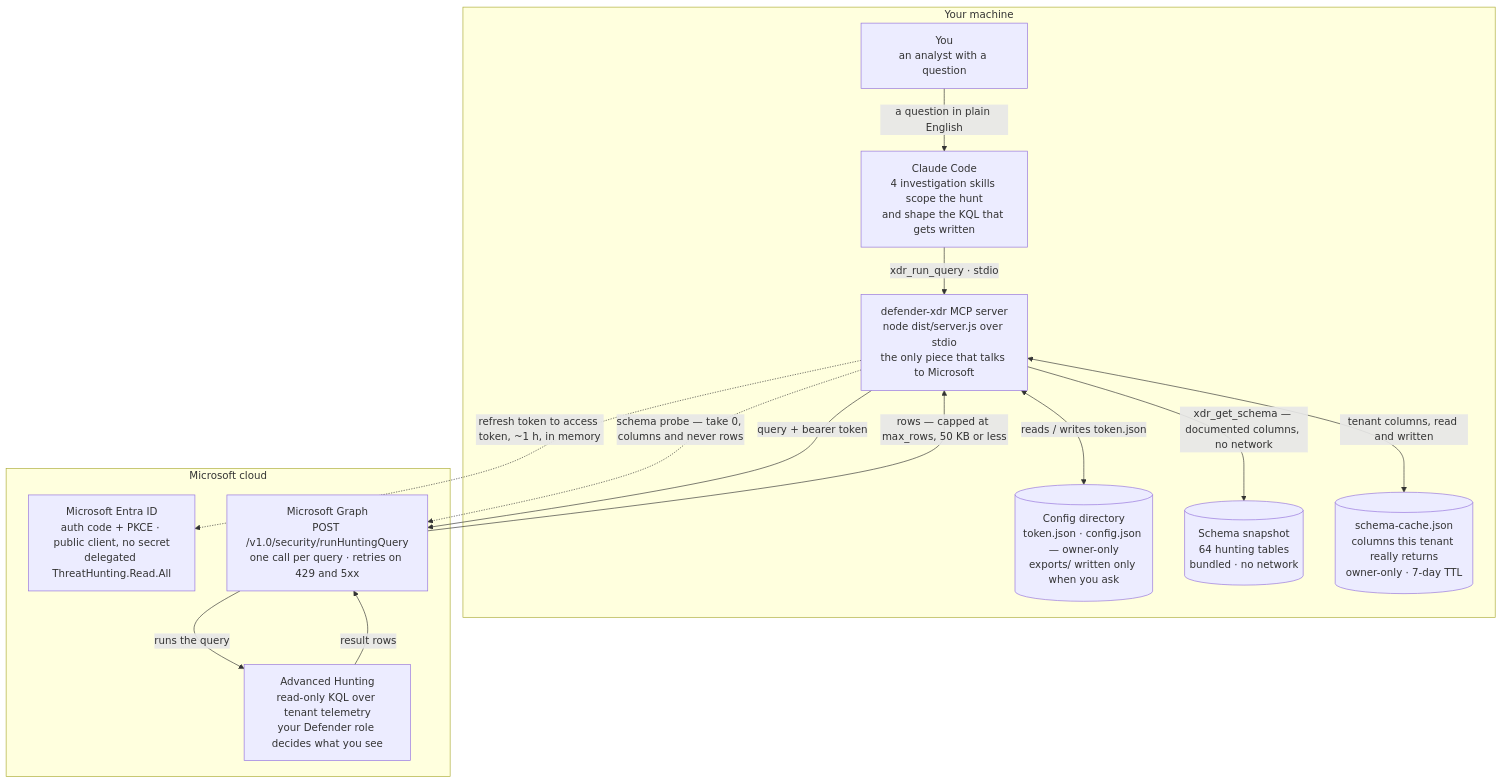
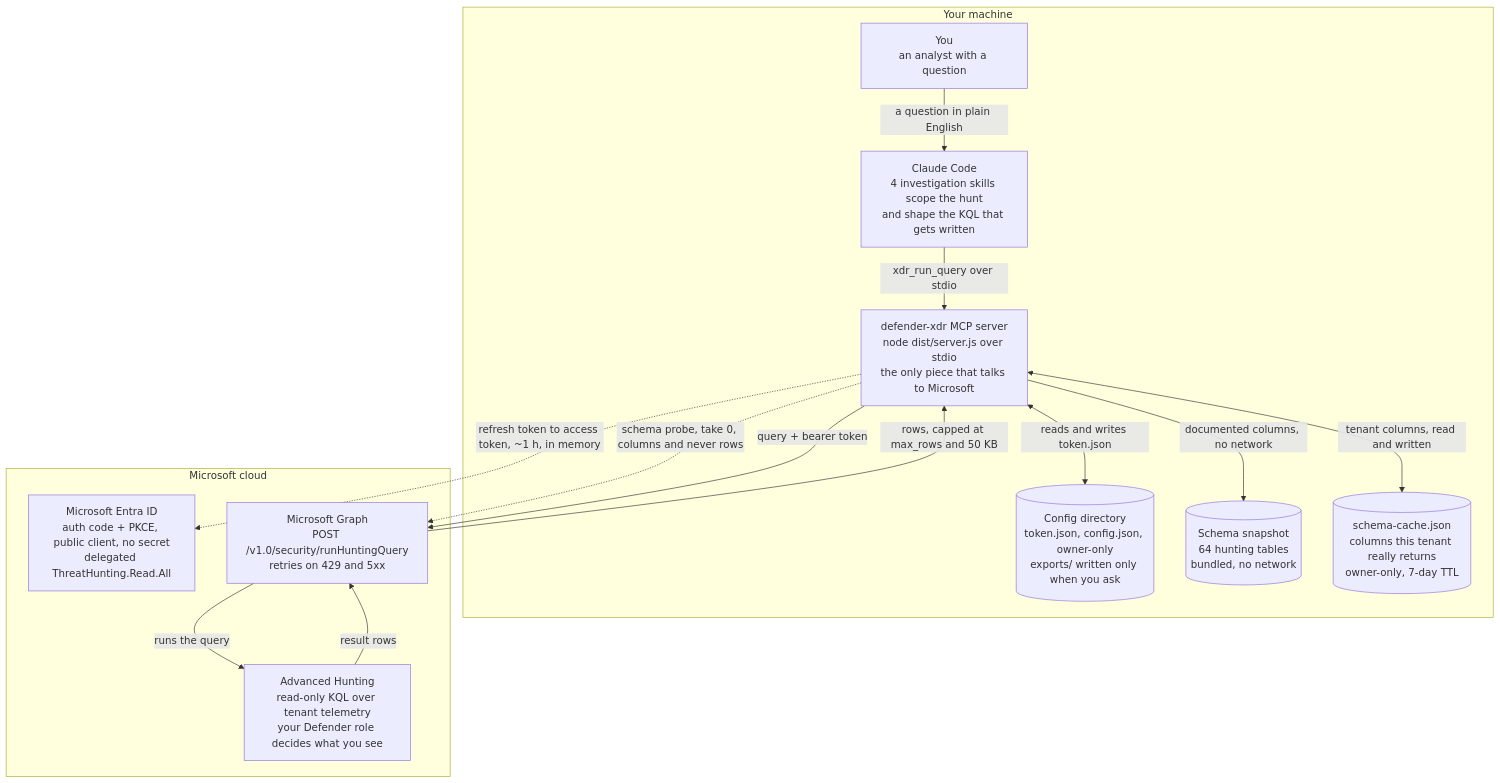
The first of 3 diagrams in docs/architecture.md (andrewtchilds/claude-defender-xdr), drawn with Mermaid before and after one commit. The commit also changed other lines of this file and 11 other files, not shown here.

````diff
--- a/docs/architecture.md
+++ b/docs/architecture.md
@@ -10,29 +10,29 @@
 ```mermaid
 flowchart TB
   subgraph machine["Your machine"]
     you["You<br/>an analyst with a question"]
     code["Claude Code<br/>4 investigation skills scope the hunt<br/>and shape the KQL that gets written"]
     mcp["defender-xdr MCP server<br/>node dist/server.js over stdio<br/>the only piece that talks to Microsoft"]
-    state[("Config directory<br/>token.json · config.json — owner-only<br/>exports/ written only when you ask")]
-    snapshot[("Schema snapshot<br/>64 hunting tables<br/>bundled · no network")]
-    cache[("schema-cache.json<br/>columns this tenant really returns<br/>owner-only · 7-day TTL")]
+    state[("Config directory<br/>token.json, config.json, owner-only<br/>exports/ written only when you ask")]
+    snapshot[("Schema snapshot<br/>64 hunting tables<br/>bundled, no network")]
+    cache[("schema-cache.json<br/>columns this tenant really returns<br/>owner-only, 7-day TTL")]
   end
 
   subgraph cloud["Microsoft cloud"]
-    entra["Microsoft Entra ID<br/>auth code + PKCE · public client, no secret<br/>delegated ThreatHunting.Read.All"]
-    msgraph["Microsoft Graph<br/>POST /v1.0/security/runHuntingQuery<br/>one call per query · retries on 429 and 5xx"]
+    entra["Microsoft Entra ID<br/>auth code + PKCE, public client, no secret<br/>delegated ThreatHunting.Read.All"]
+    msgraph["Microsoft Graph<br/>POST /v1.0/security/runHuntingQuery<br/>retries on 429 and 5xx"]
     hunting["Advanced Hunting<br/>read-only KQL over tenant telemetry<br/>your Defender role decides what you see"]
   end
 
   you -->|"a question in plain English"| code
-  code -->|"xdr_run_query · stdio"| mcp
-  mcp <-->|"reads / writes token.json"| state
-  mcp -->|"xdr_get_schema — documented columns, no network"| snapshot
+  code -->|"xdr_run_query over stdio"| mcp
+  mcp <-->|"reads and writes token.json"| state
+  mcp -->|"documented columns, no network"| snapshot
   mcp <-->|"tenant columns, read and written"| cache
   mcp -.->|"refresh token to access token, ~1 h, in memory"| entra
-  mcp -.->|"schema probe — take 0, columns and never rows"| msgraph
+  mcp -.->|"schema probe, take 0, columns and never rows"| msgraph
   mcp -->|"query + bearer token"| msgraph
   msgraph -->|"runs the query"| hunting
   hunting -->|"result rows"| msgraph
-  msgraph -->|"rows — capped at max_rows, 50 KB or less"| mcp
+  msgraph -->|"rows, capped at max_rows and 50 KB"| mcp
 ```
````
